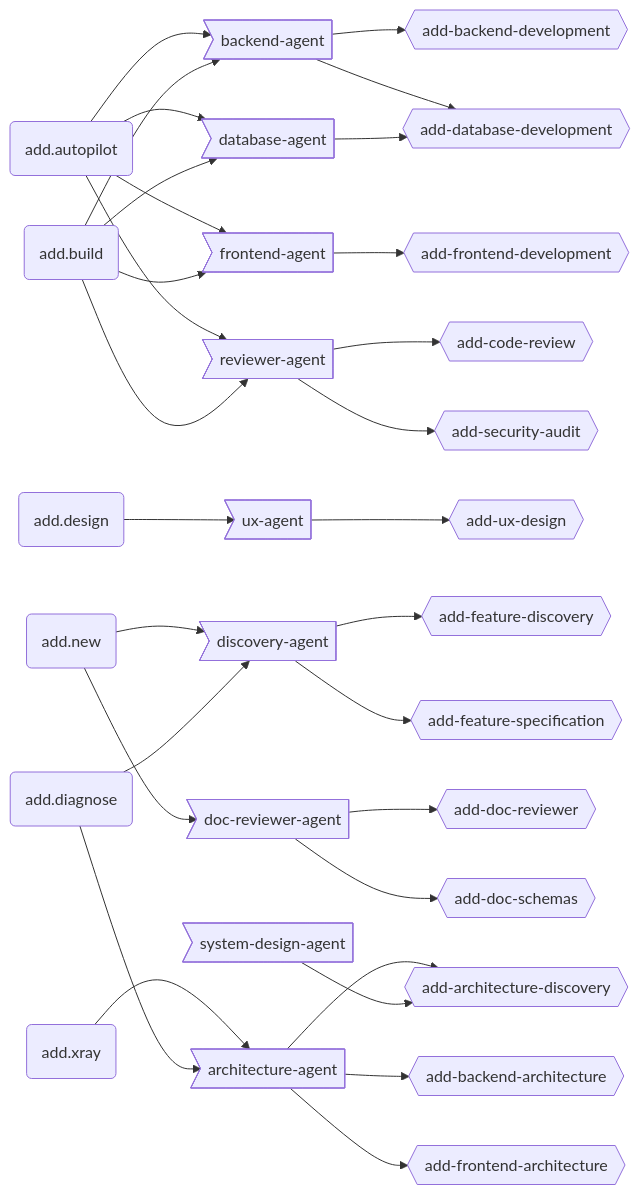
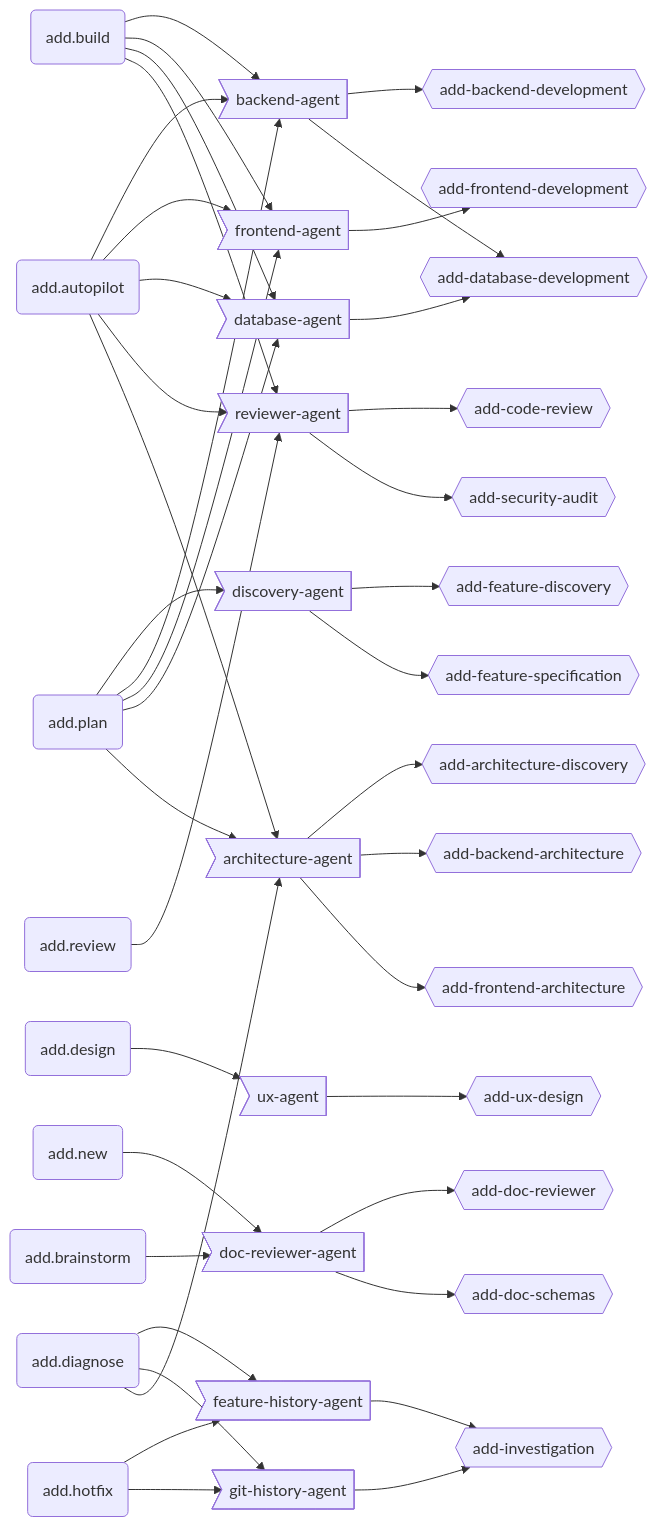
Before and after one commit to brabos-ai/code-addiction: the third of 3 diagrams in ecosystem.md, drawn with Mermaid. The commit also changed other lines of this file and 1 other file, not shown here.

Commit message:
docs(ecosystem): update agent dispatch maps for feature-history and git-history agents

````diff
--- a/ecosystem.md
+++ b/ecosystem.md
@@ -95,50 +94,59 @@
 ```mermaid
 graph LR
   AUTO(add.autopilot)
   BUILD(add.build)
   DESIGN(add.design)
   NEW(add.new)
-  XRAY(add.xray)
   DIAGNOSE(add.diagnose)
+  HOTFIX(add.hotfix)
+  REVIEW(add.review)
+  PLAN(add.plan)
+  BRAINSTORM(add.brainstorm)
 
   BA>backend-agent]
   FA>frontend-agent]
   DA>database-agent]
   RA>reviewer-agent]
   UXA>ux-agent]
   DISCO>discovery-agent]
   DOCR>doc-reviewer-agent]
   ARCH>architecture-agent]
-  SDA>system-design-agent]
+  FHA>feature-history-agent]
+  GHA>git-history-agent]
 
   BE{{add-backend-development}}
   FE{{add-frontend-development}}
   DB{{add-database-development}}
   CR{{add-code-review}}
   SA{{add-security-audit}}
   UX{{add-ux-design}}
   FD{{add-feature-discovery}}
   FS{{add-feature-specification}}
   DR{{add-doc-reviewer}}
   DS{{add-doc-schemas}}
   AD{{add-architecture-discovery}}
   BARCH{{add-backend-architecture}}
   FARCH{{add-frontend-architecture}}
+  IV{{add-investigation}}
 
-  AUTO --> BA & FA & DA & RA
+  AUTO --> BA & FA & DA & RA & ARCH
   BUILD --> BA & FA & DA & RA
   DESIGN --> UXA
-  NEW --> DISCO & DOCR
-  XRAY --> ARCH
-  DIAGNOSE --> DISCO & ARCH
+  NEW --> DOCR
+  PLAN --> DISCO & BA & FA & DA & ARCH
+  REVIEW --> RA
+  BRAINSTORM --> DOCR
+  DIAGNOSE --> FHA & GHA & ARCH
+  HOTFIX --> FHA & GHA
 
   BA --> BE & DB
   FA --> FE
   DA --> DB
   RA --> CR & SA
   UXA --> UX
   DISCO --> FD & FS
   DOCR --> DR & DS
   ARCH --> AD & BARCH & FARCH
-  SDA --> AD
+  FHA --> IV
+  GHA --> IV
 ```
````
